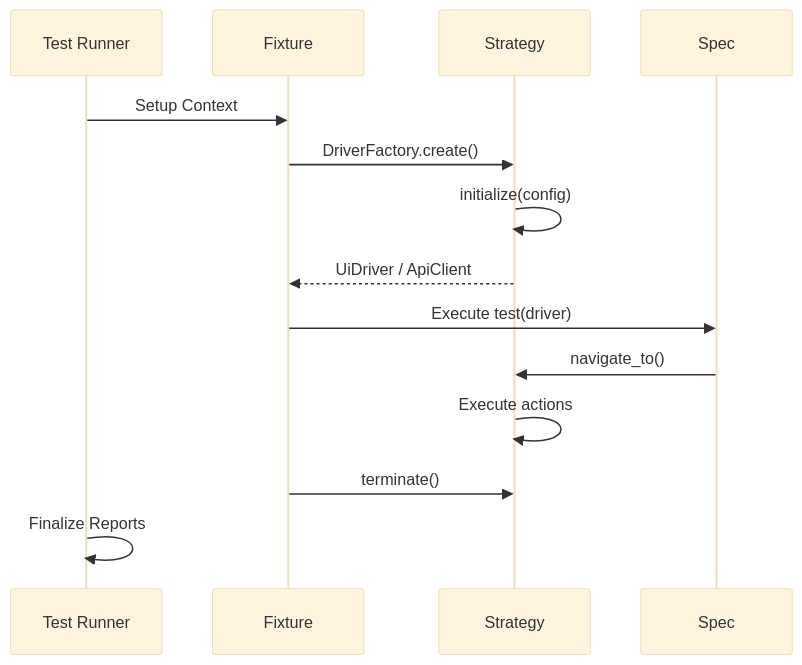
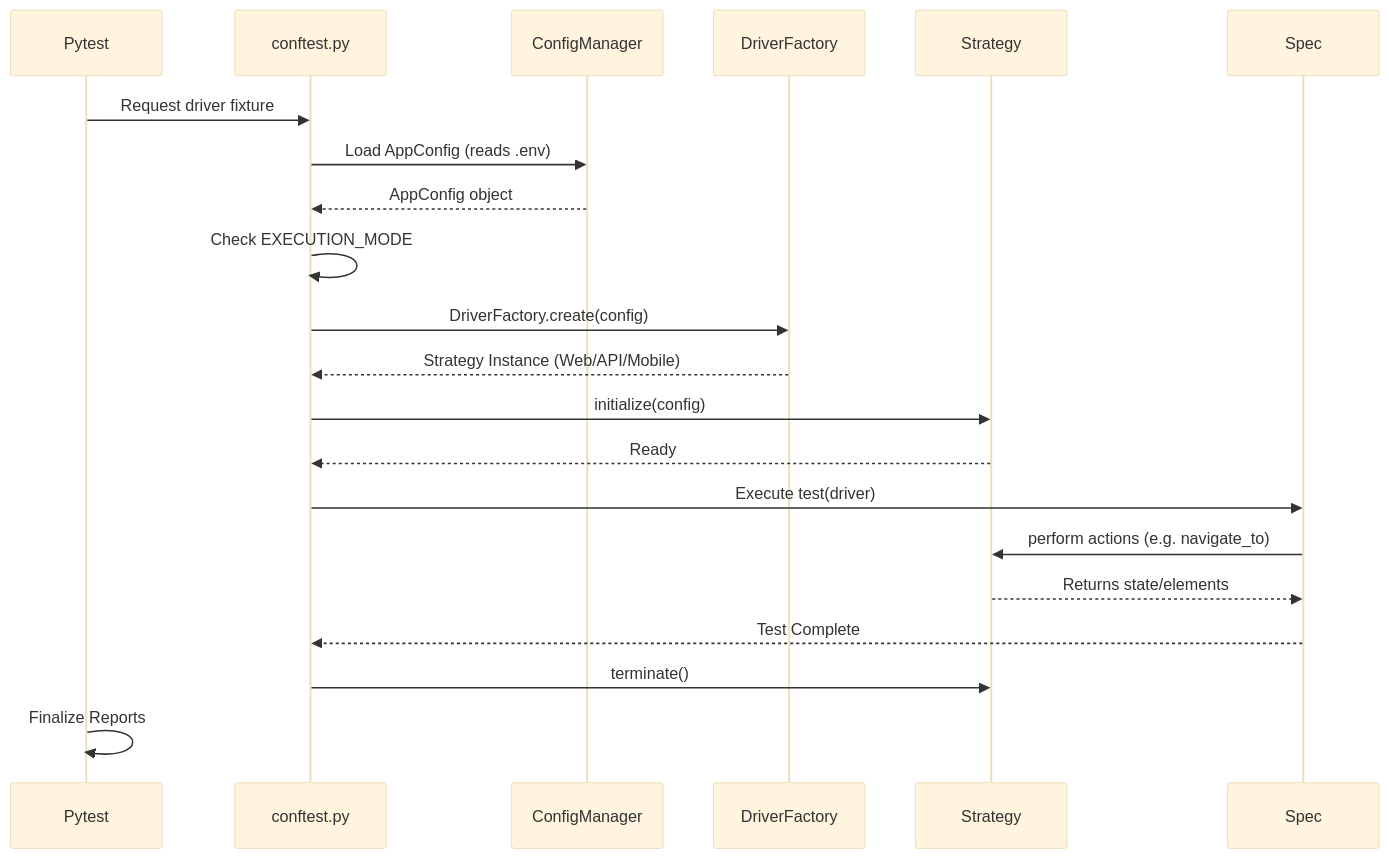
Before and after one commit to vinipx/TAFLEX-PY: the fourth of 4 diagrams in docs/docs/architecture/overview.md, drawn with Mermaid (base theme). The commit also changed 2 other files, not shown here.

Commit message:
docs: add framework execution flow documentation
- Created `execution-flow.md` detailing the rationale behind `conftest.py` fixtures, `.env` usage, and the Strategy Pattern.

- Updated the sequence diagram in `overview.md` to explicitly include `conftest.py` and `ConfigManager`.

- Added the new page to `sidebars.ts`.

````diff
--- a/docs/docs/architecture/overview.md
+++ b/docs/docs/architecture/overview.md
@@ -181,19 +181,24 @@
 ```mermaid
 sequenceDiagram
-    participant Suite as Test Runner
-    participant FIX as Fixture
-    participant Driver as Strategy
+    participant Suite as Pytest
+    participant Conf as conftest.py
+    participant CM as ConfigManager
+    participant DF as DriverFactory
+    participant Strat as Strategy
     participant Test as Spec
 
-    Suite->>FIX: Setup Context
-    FIX->>Driver: DriverFactory.create()
-    Driver->>Driver: initialize(config)
-    Driver-->>FIX: UiDriver / ApiClient
-
-    FIX->>Test: Execute test(driver)
-    Test->>Driver: navigate_to()
-    Driver->>Driver: Execute actions
-
-    FIX->>Driver: terminate()
+    Suite->>Conf: Request driver fixture
+    Conf->>CM: Load AppConfig (reads .env)
+    CM-->>Conf: AppConfig object
+    Conf->>Conf: Check EXECUTION_MODE
+    Conf->>DF: DriverFactory.create(config)
+    DF-->>Conf: Strategy Instance (Web/API/Mobile)
+    Conf->>Strat: initialize(config)
+    Strat-->>Conf: Ready
+    Conf->>Test: Execute test(driver)
+    Test->>Strat: perform actions (e.g. navigate_to)
+    Strat-->>Test: Returns state/elements
+    Test-->>Conf: Test Complete
+    Conf->>Strat: terminate()
     Suite->>Suite: Finalize Reports
 ```
````
